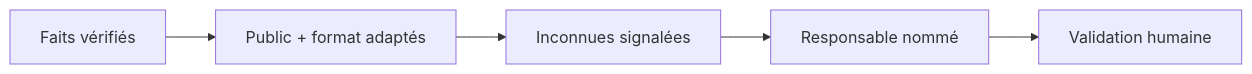
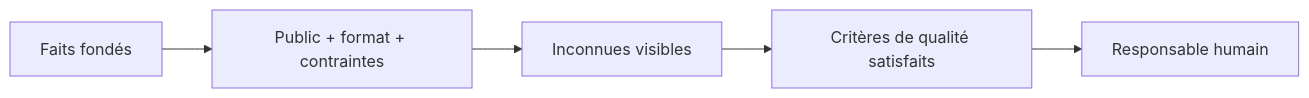
Before and after one commit to Ange230700/ibm-ai-foundations-for-everyone-notes: the diagram in teaching/visuals/s03/fr/checks.mmd, drawn with Mermaid. The commit also changed 7 other files, not shown here.

```diff
--- a/teaching/visuals/s03/fr/checks.mmd
+++ b/teaching/visuals/s03/fr/checks.mmd
@@ -1,5 +1,5 @@
 flowchart LR
- A["Faits vérifiés"] --> B["Public + format adaptés"]
- B --> C["Inconnues signalées"]
- C --> D["Responsable nommé"]
- D --> E["Validation humaine"]
+ A["Faits fondés"] --> B["Public + format + contraintes"]
+ B --> C["Inconnues visibles"]
+ C --> D["Critères de qualité satisfaits"]
+ D --> E["Responsable humain"]
```
